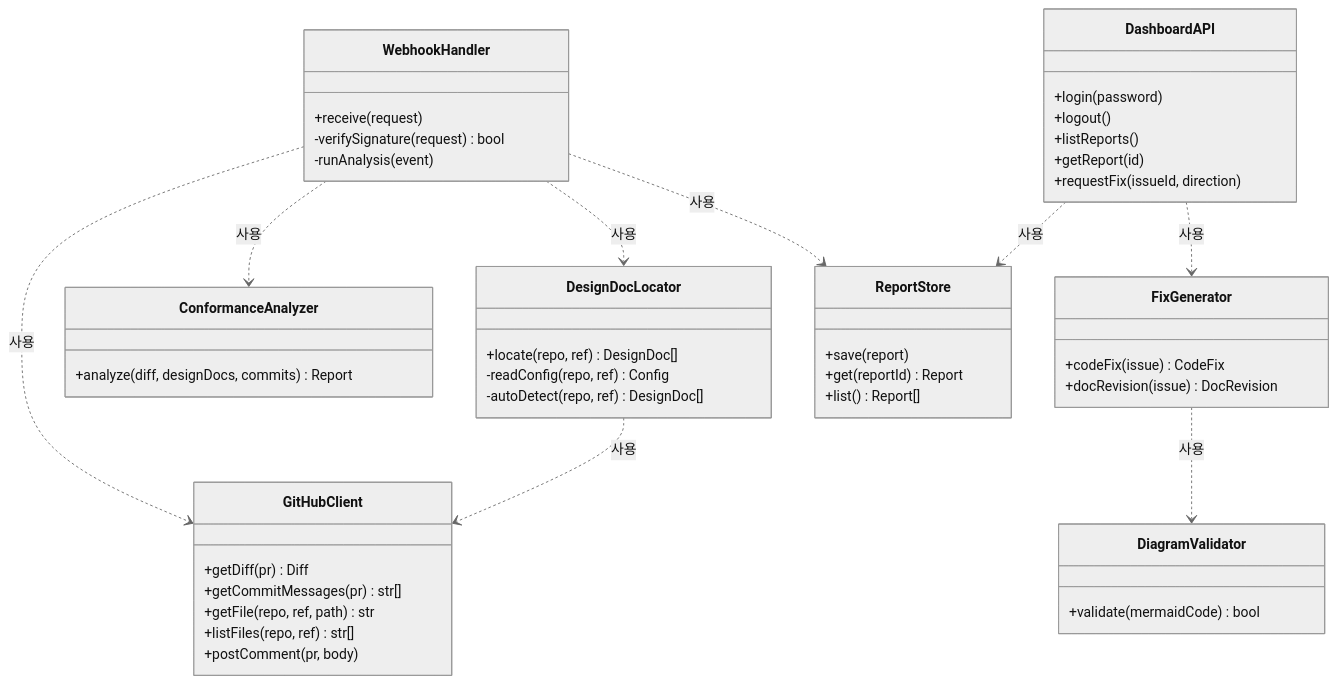
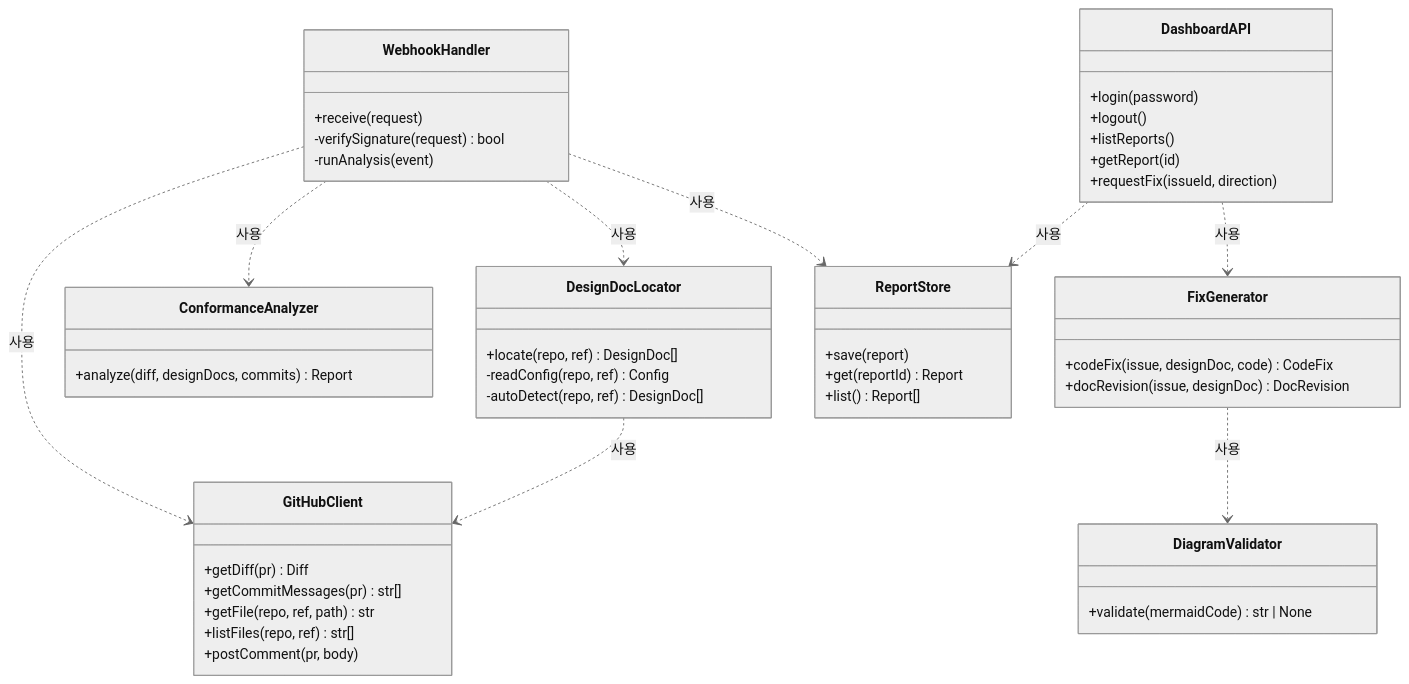
The fourth of 4 diagrams in docs/DESIGN.md (Jindahye/archicheck), drawn with Mermaid (neutral theme) before and after one commit. The commit also changed other lines of this file and 6 other files, not shown here.

Commit message:
feat: FixGenerator 수정안 생성 및 Mermaid 재생성 루프 구현

````diff
--- a/docs/DESIGN.md
+++ b/docs/DESIGN.md
@@ -225,51 +225,51 @@
 ```mermaid
 classDiagram
     class WebhookHandler {
         +receive(request)
         -verifySignature(request) bool
         -runAnalysis(event)
     }
     class GitHubClient {
         +getDiff(pr) Diff
         +getCommitMessages(pr) str[]
         +getFile(repo, ref, path) str
         +listFiles(repo, ref) str[]
         +postComment(pr, body)
     }
     class DesignDocLocator {
         +locate(repo, ref) DesignDoc[]
         -readConfig(repo, ref) Config
         -autoDetect(repo, ref) DesignDoc[]
     }
     class ConformanceAnalyzer {
         +analyze(diff, designDocs, commits) Report
     }
     class FixGenerator {
-        +codeFix(issue) CodeFix
-        +docRevision(issue) DocRevision
+        +codeFix(issue, designDoc, code) CodeFix
+        +docRevision(issue, designDoc) DocRevision
     }
     class DiagramValidator {
-        +validate(mermaidCode) bool
+        +validate(mermaidCode) str | None
     }
     class ReportStore {
         +save(report)
         +get(reportId) Report
         +list() Report[]
     }
     class DashboardAPI {
         +login(password)
         +logout()
         +listReports()
         +getReport(id)
         +requestFix(issueId, direction)
     }
 
     WebhookHandler ..> GitHubClient : 사용
     WebhookHandler ..> DesignDocLocator : 사용
     WebhookHandler ..> ConformanceAnalyzer : 사용
     WebhookHandler ..> ReportStore : 사용
     DesignDocLocator ..> GitHubClient : 사용
     DashboardAPI ..> ReportStore : 사용
     DashboardAPI ..> FixGenerator : 사용
     FixGenerator ..> DiagramValidator : 사용
 ```
````
